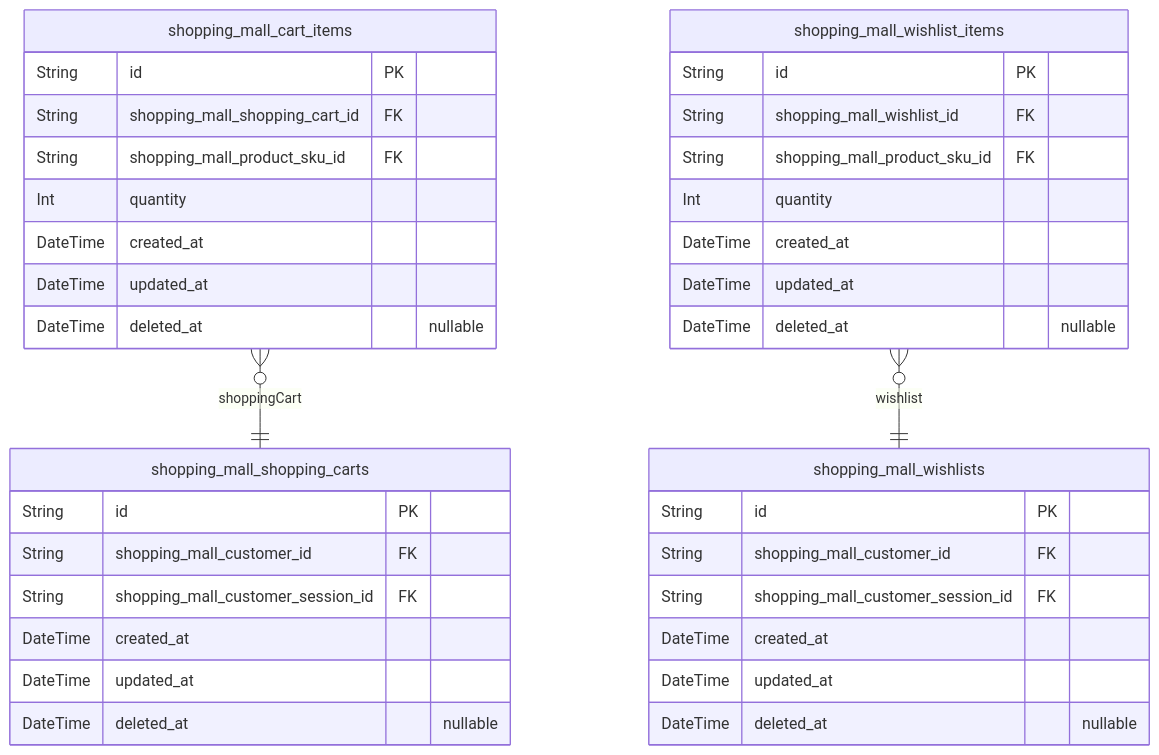
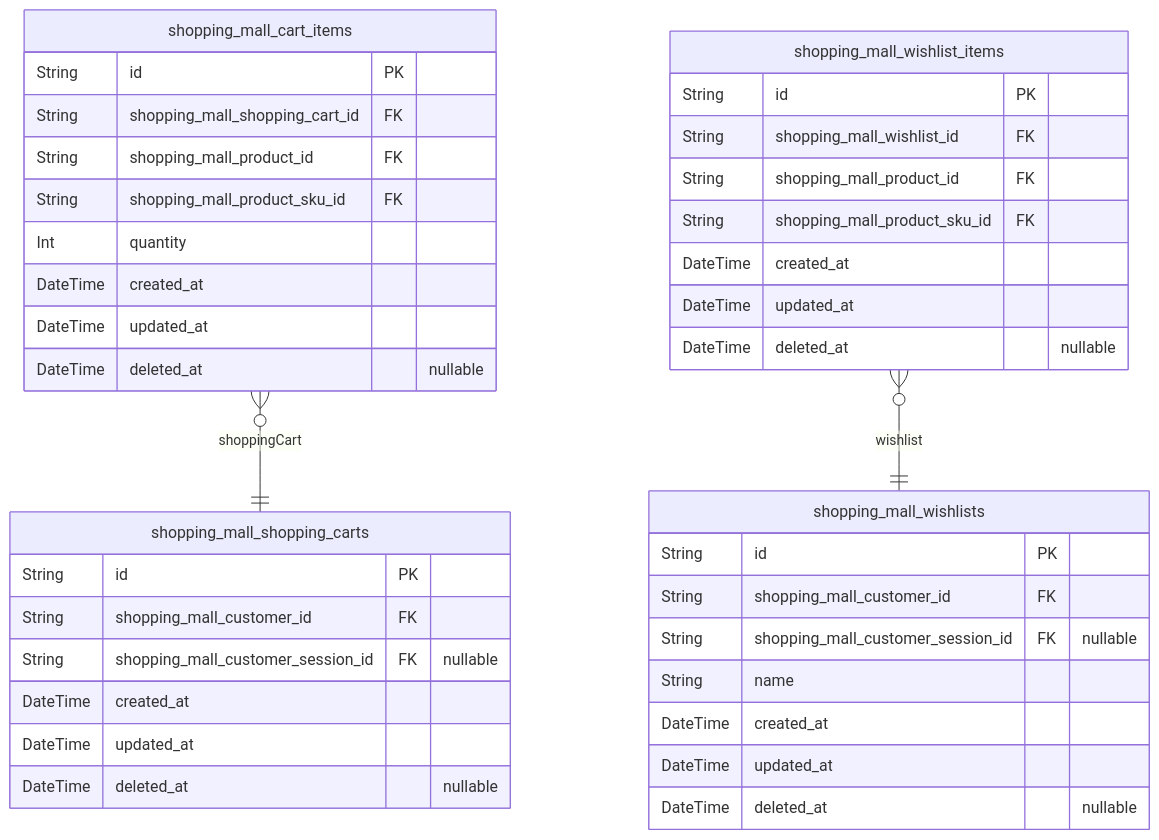
The fourth of 10 diagrams in openai/gpt-4.1-mini/shopping/docs/ERD.md (wrtnlabs/autobe-examples), drawn with Mermaid before and after one commit. The commit also changed other lines of this file and 22498 other files, not shown here.

````diff
--- a/openai/gpt-4.1-mini/shopping/docs/ERD.md
+++ b/openai/gpt-4.1-mini/shopping/docs/ERD.md
@@ -371,39 +707,41 @@
 ```mermaid
 erDiagram
 "shopping_mall_shopping_carts" {
   String id PK
   String shopping_mall_customer_id FK
-  String shopping_mall_customer_session_id FK
+  String shopping_mall_customer_session_id FK "nullable"
   DateTime created_at
   DateTime updated_at
   DateTime deleted_at "nullable"
 }
 "shopping_mall_cart_items" {
   String id PK
   String shopping_mall_shopping_cart_id FK
+  String shopping_mall_product_id FK
   String shopping_mall_product_sku_id FK
   Int quantity
   DateTime created_at
   DateTime updated_at
   DateTime deleted_at "nullable"
 }
 "shopping_mall_wishlists" {
   String id PK
   String shopping_mall_customer_id FK
-  String shopping_mall_customer_session_id FK
+  String shopping_mall_customer_session_id FK "nullable"
+  String name
   DateTime created_at
   DateTime updated_at
   DateTime deleted_at "nullable"
 }
 "shopping_mall_wishlist_items" {
   String id PK
   String shopping_mall_wishlist_id FK
+  String shopping_mall_product_id FK
   String shopping_mall_product_sku_id FK
-  Int quantity
   DateTime created_at
   DateTime updated_at
   DateTime deleted_at "nullable"
 }
 "shopping_mall_cart_items" }o--|| "shopping_mall_shopping_carts" : shoppingCart
 "shopping_mall_wishlist_items" }o--|| "shopping_mall_wishlists" : wishlist
 ```
````
